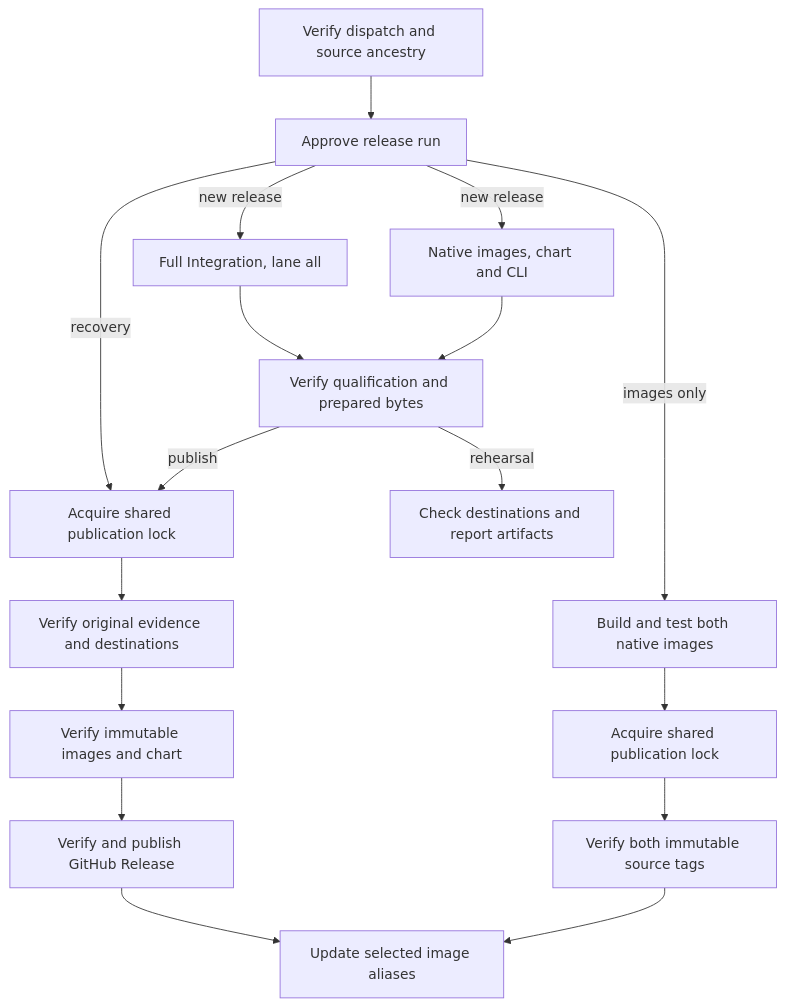
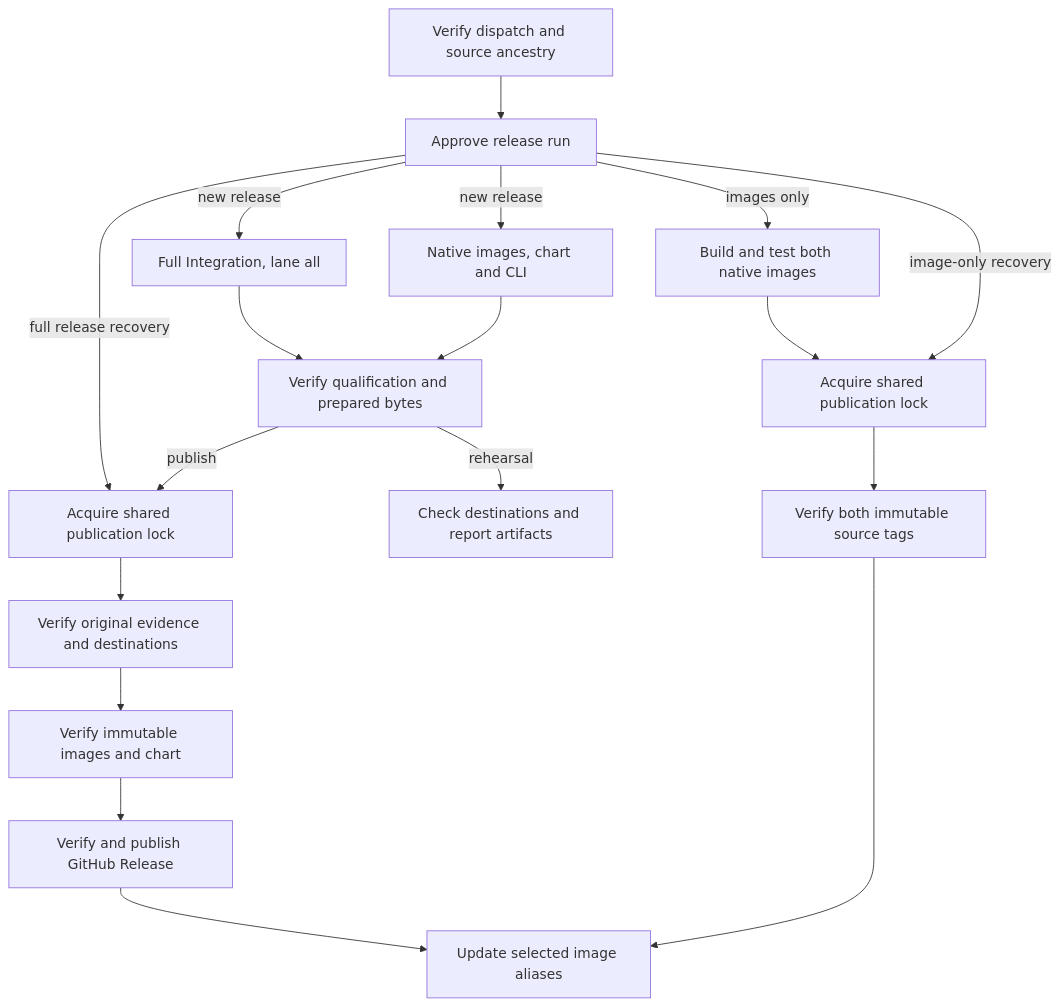
Before and after one commit to openclaw/openclaw-enterprise: the diagram in docs/flows/release-oce.md, drawn with Mermaid. The commit also changed other lines of this file and 7 other files, not shown here.

````diff
--- a/docs/flows/release-oce.md
+++ b/docs/flows/release-oce.md
@@ -25,19 +25,20 @@
 ```mermaid
 graph TD
   Gate["Verify dispatch and source ancestry"] --> Approval["Approve release run"]
   Approval -->|new release| Tests["Full Integration, lane all"]
   Approval -->|new release| Build["Native images, chart and CLI"]
   Tests --> Check["Verify qualification and prepared bytes"]
   Build --> Check
-  Approval -->|recovery| Lock
+  Approval -->|full release recovery| Lock
   Check -->|rehearsal| End["Check destinations and report artifacts"]
   Check -->|publish| Lock["Acquire shared publication lock"]
   Lock --> Recheck["Verify original evidence and destinations"]
   Recheck --> Image["Verify immutable images and chart"]
   Image --> CLI["Verify and publish GitHub Release"]
   CLI --> Alias["Update selected image aliases"]
   Approval -->|images only| Native["Build and test both native images"]
   Native --> ImageLock["Acquire shared publication lock"]
+  Approval -->|image-only recovery| ImageLock
   ImageLock --> Sha["Verify both immutable source tags"]
   Sha --> Alias
 ```
````
